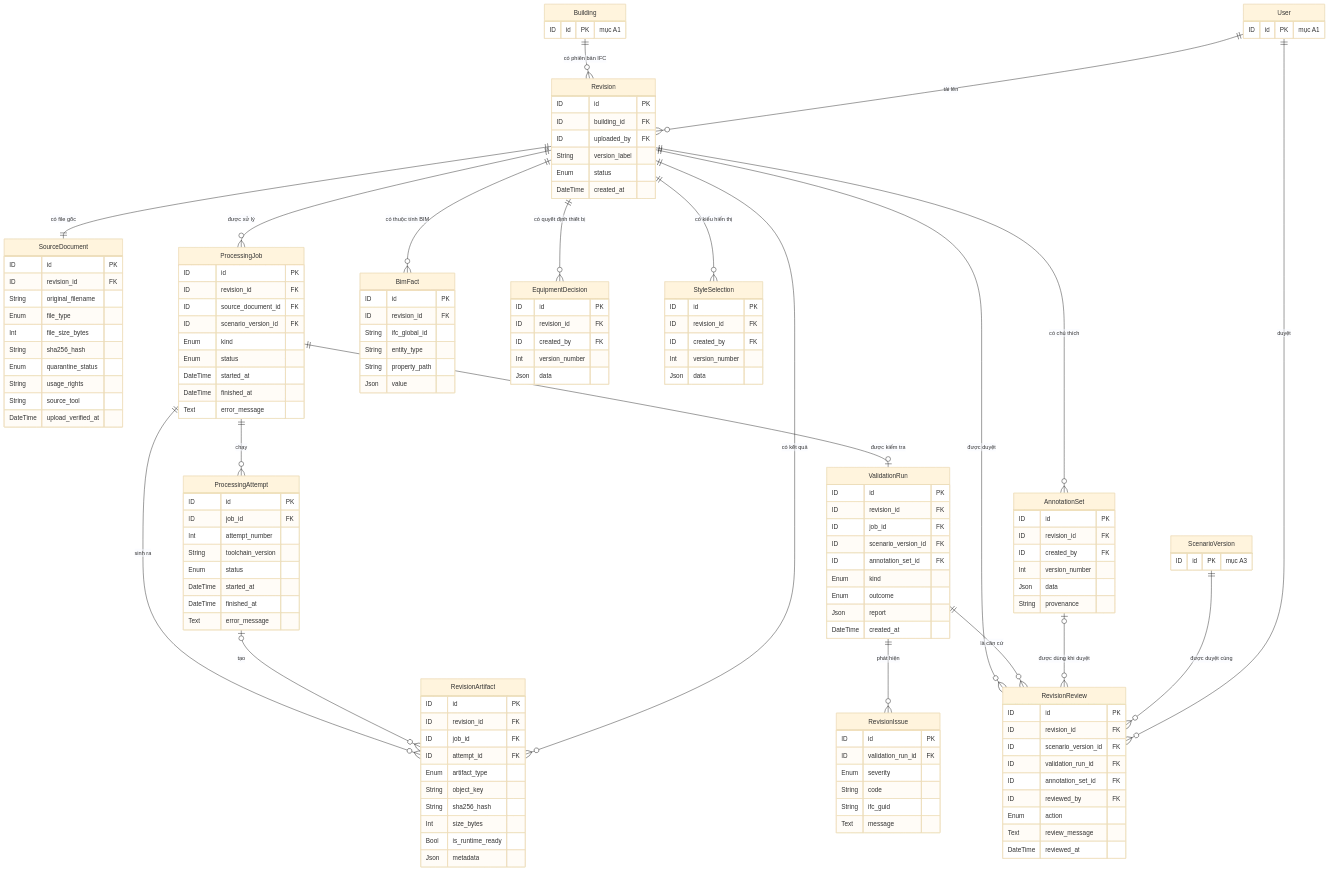
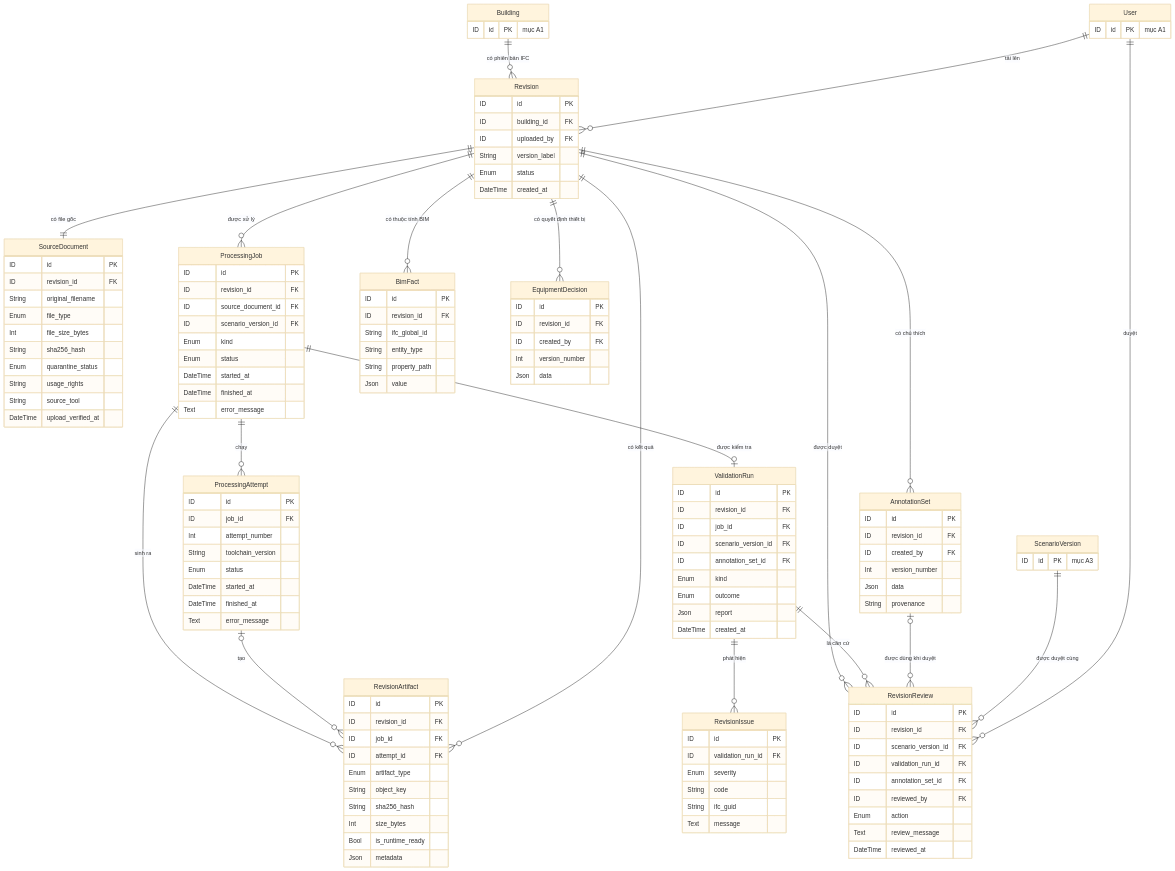
The third of 9 diagrams in ERD Logical Physical/1-Logical.md (Capstone-FA26SE186-Fire3D/Docs), drawn with Mermaid (base theme) before and after one commit. The commit also changed other lines of this file and 7 other files, not shown here.

Commit message:
docs(erd): add ifc_processing_policies, drop revision_style_selections (BE main f589374)

```diff
--- a/ERD Logical Physical/1-Logical.md
+++ b/ERD Logical Physical/1-Logical.md
@@ -229,7 +240,6 @@
   Revision ||--o{ BimFact : "có thuộc tính BIM"
   Revision ||--o{ AnnotationSet : "có chú thích"
   Revision ||--o{ EquipmentDecision : "có quyết định thiết bị"
-  Revision ||--o{ StyleSelection : "có kiểu hiển thị"
   Revision ||--o{ RevisionReview : "được duyệt"
   ValidationRun ||--o{ RevisionReview : "là căn cứ"
   AnnotationSet |o--o{ RevisionReview : "được dùng khi duyệt"
@@ -330,13 +340,6 @@
     Int version_number
     Json data
   }
-  StyleSelection {
-    ID id PK
-    ID revision_id FK
-    ID created_by FK
-    Int version_number
-    Json data
-  }
   RevisionReview {
     ID id PK
     ID revision_id FK
```
